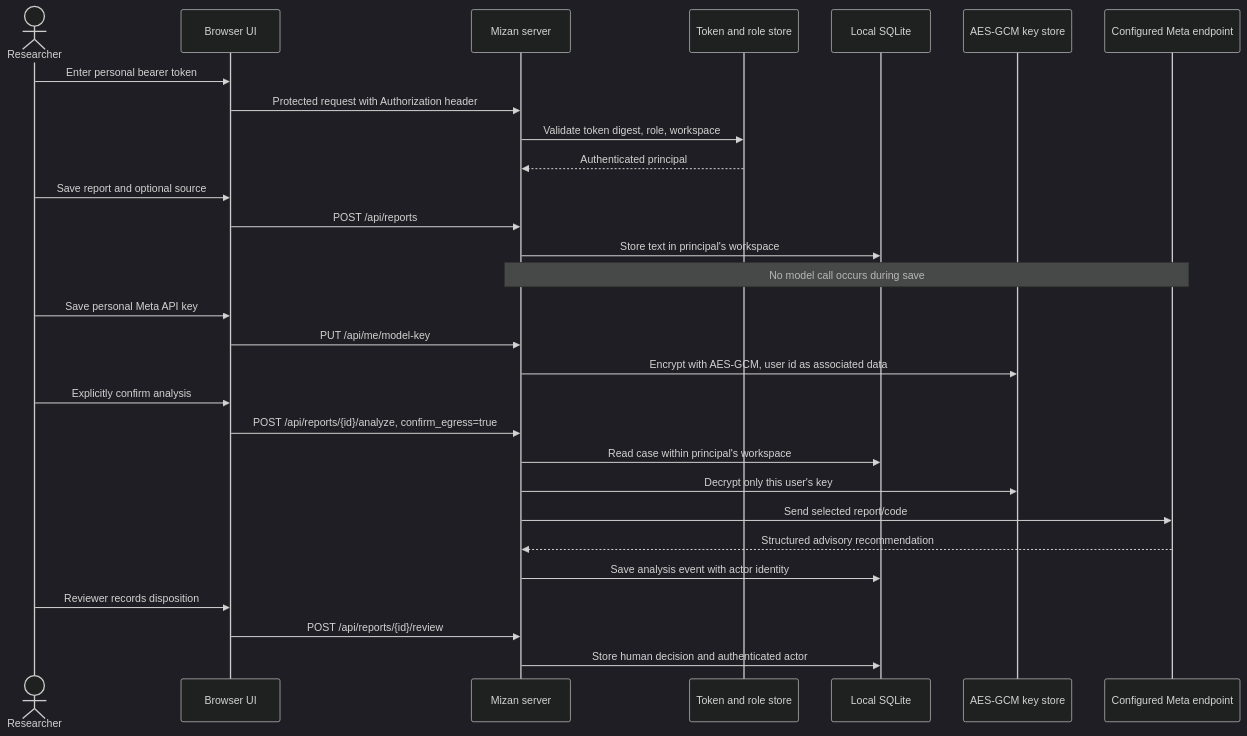
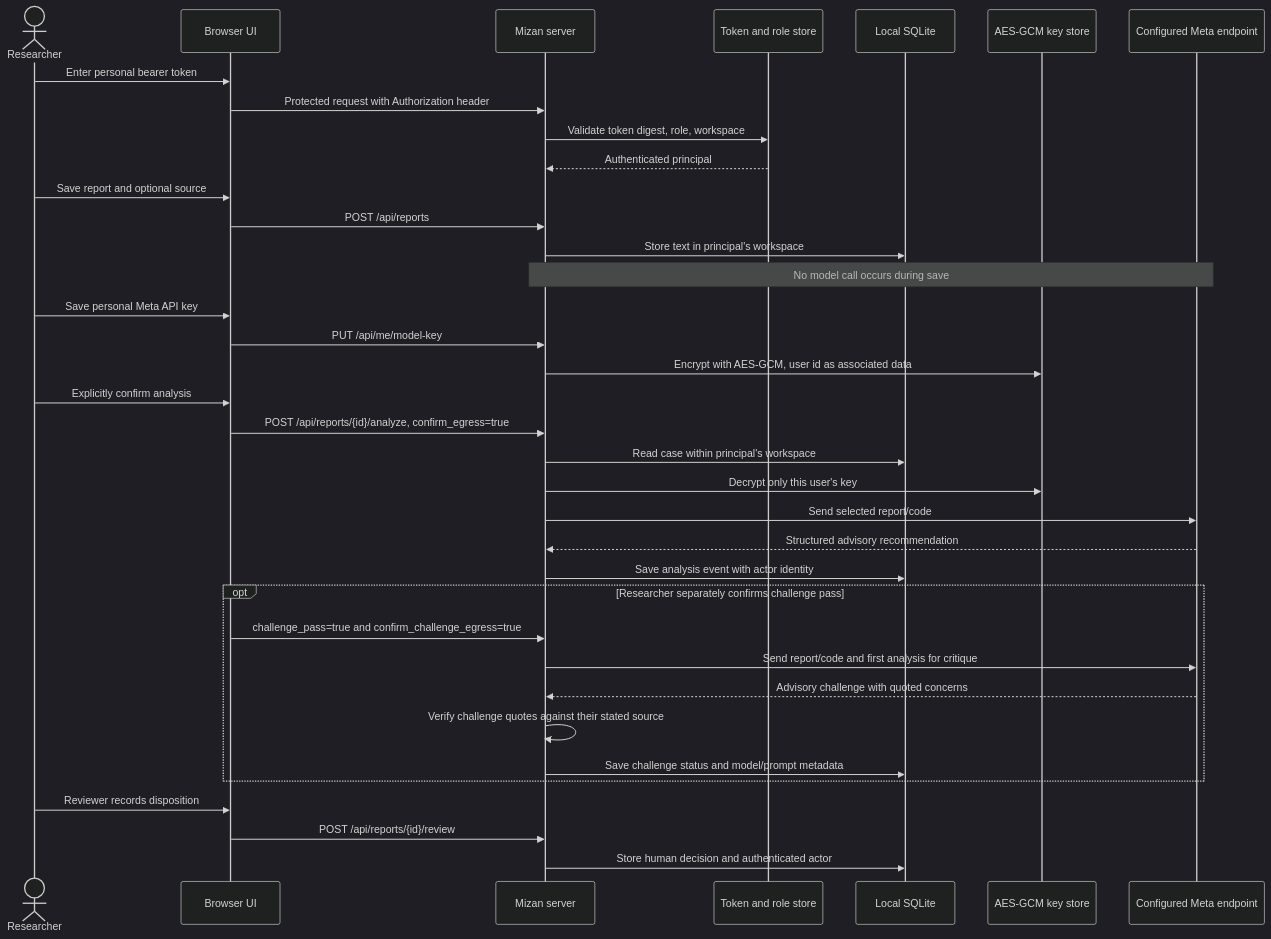
The first of 2 diagrams in docs/ARCHITECTURE.md (aimenhamzi01-dot/mizan), drawn with Mermaid (dark theme) before and after one commit. The commit also changed other lines of this file and 15 other files, not shown here.

Commit message:
Add optional challenge pass and evaluation harness

````diff
--- a/docs/ARCHITECTURE.md
+++ b/docs/ARCHITECTURE.md
@@ -29,32 +29,39 @@
 ```mermaid
 sequenceDiagram
     actor Researcher
     participant UI as Browser UI
     participant API as Mizan server
     participant Auth as Token and role store
     participant DB as Local SQLite
     participant Keys as AES-GCM key store
     participant Model as Configured Meta endpoint
 
     Researcher->>UI: Enter personal bearer token
     UI->>API: Protected request with Authorization header
     API->>Auth: Validate token digest, role, workspace
     Auth-->>API: Authenticated principal
     Researcher->>UI: Save report and optional source
     UI->>API: POST /api/reports
     API->>DB: Store text in principal's workspace
     Note over API,Model: No model call occurs during save
     Researcher->>UI: Save personal Meta API key
     UI->>API: PUT /api/me/model-key
     API->>Keys: Encrypt with AES-GCM, user id as associated data
     Researcher->>UI: Explicitly confirm analysis
     UI->>API: POST /api/reports/{id}/analyze, confirm_egress=true
     API->>DB: Read case within principal's workspace
     API->>Keys: Decrypt only this user's key
     API->>Model: Send selected report/code
     Model-->>API: Structured advisory recommendation
     API->>DB: Save analysis event with actor identity
+    opt Researcher separately confirms challenge pass
+        UI->>API: challenge_pass=true and confirm_challenge_egress=true
+        API->>Model: Send report/code and first analysis for critique
+        Model-->>API: Advisory challenge with quoted concerns
+        API->>API: Verify challenge quotes against their stated source
+        API->>DB: Save challenge status and model/prompt metadata
+    end
     Researcher->>UI: Reviewer records disposition
     UI->>API: POST /api/reports/{id}/review
     API->>DB: Store human decision and authenticated actor
 ```
````
